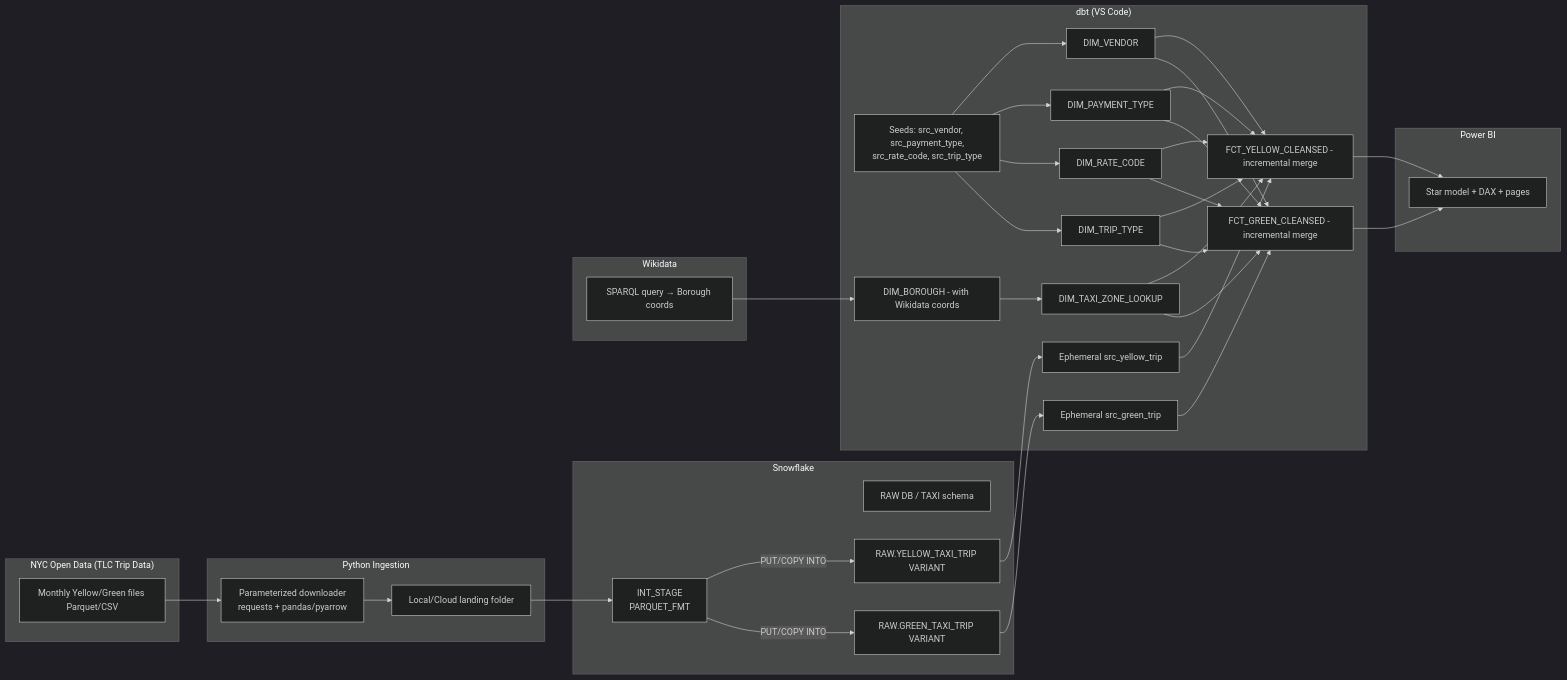
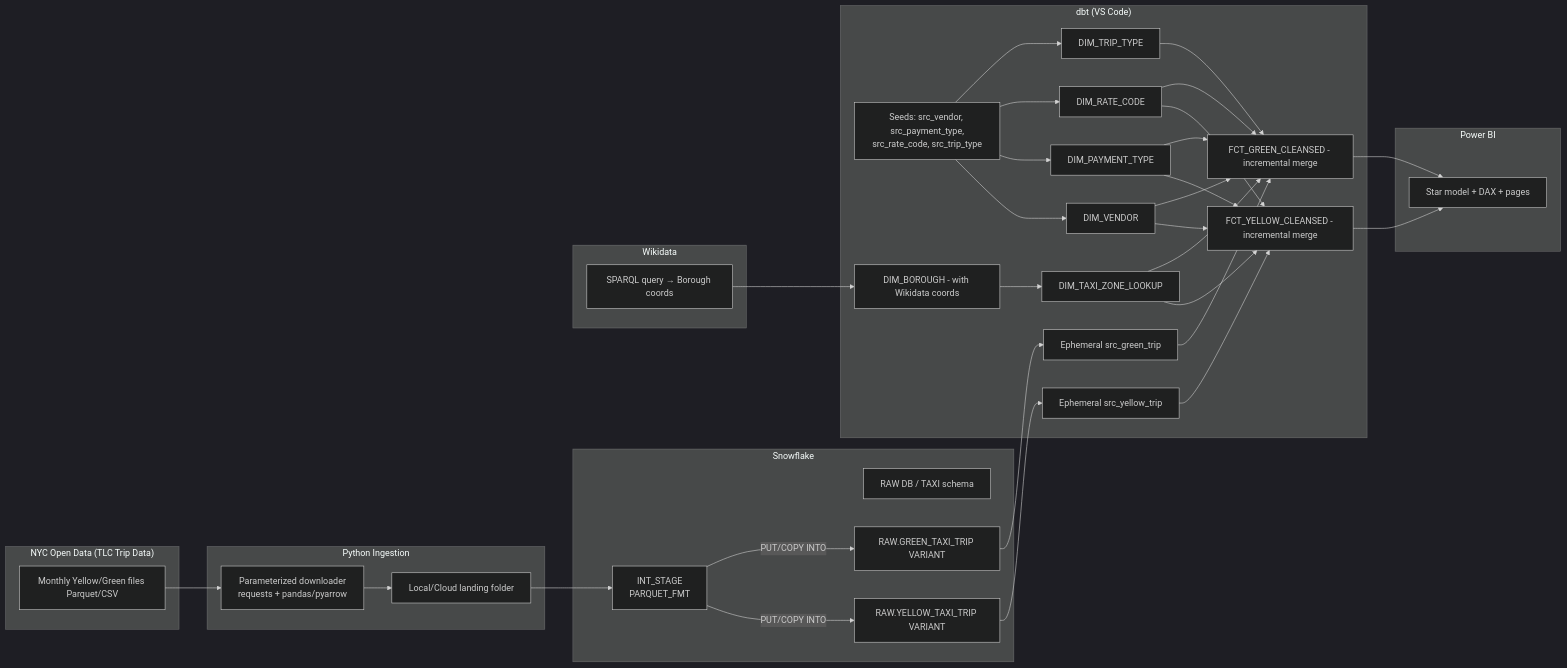
Before and after one commit to Bensha93/nyc-taxi-dbt-snowflakes-: the first of 3 diagrams in README.md, drawn with Mermaid (dark theme).

````diff
--- a/README.md
+++ b/README.md
@@ -22,55 +22,55 @@
 ```mermaid
 flowchart LR
   subgraph Web["NYC Open Data (TLC Trip Data)"]
     A[Monthly Yellow/Green files Parquet/CSV]
   end
 
   subgraph Py["Python Ingestion"]
     B[Parameterized downloader<br/>requests + pandas/pyarrow]
     B2[Local/Cloud landing folder]
   end
 
   subgraph SF["Snowflake"]
     C[RAW DB / TAXI schema]
     S[INT_STAGE<br/> PARQUET_FMT]
     RY[RAW.YELLOW_TAXI_TRIP VARIANT]
     RG[RAW.GREEN_TAXI_TRIP VARIANT]
   end
 
   subgraph DBT["dbt (VS Code)"]
     E1[Ephemeral src_yellow_trip]
     E2[Ephemeral src_green_trip]
     L1[Seeds: src_vendor, src_payment_type,<br/>src_rate_code, src_trip_type]
     D1[DIM_VENDOR]
     D2[DIM_PAYMENT_TYPE]
     D3[DIM_RATE_CODE]
     D4[DIM_TRIP_TYPE]
     DZ[DIM_TAXI_ZONE_LOOKUP]
     DBORO[DIM_BOROUGH - with Wikidata coords]
     FY[FCT_YELLOW_CLEANSED - incremental merge]
     FG[FCT_GREEN_CLEANSED - incremental merge]
   end
 
   subgraph GEO["Wikidata"]
     WQ[SPARQL query → Borough coords]
   end
 
   subgraph BI["Power BI"]
     PB[Star model + DAX + pages]
   end
 
   A --> B --> B2 --> S
   S -->|PUT/COPY INTO| RY
   S -->|PUT/COPY INTO| RG
   WQ --> DBORO
   RY --> E1 --> FY
   RG --> E2 --> FG
   L1 --> D1 & D2 & D3 & D4
-  D1 & D2 & D3 & D4 --> FY
+  D1 & D2 & D3 --> FY
   D1 & D2 & D3 & D4 --> FG
   DZ --> FY
   DZ --> FG
   DBORO --> DZ
   FY --> PB
   FG --> PB
 ```
````
